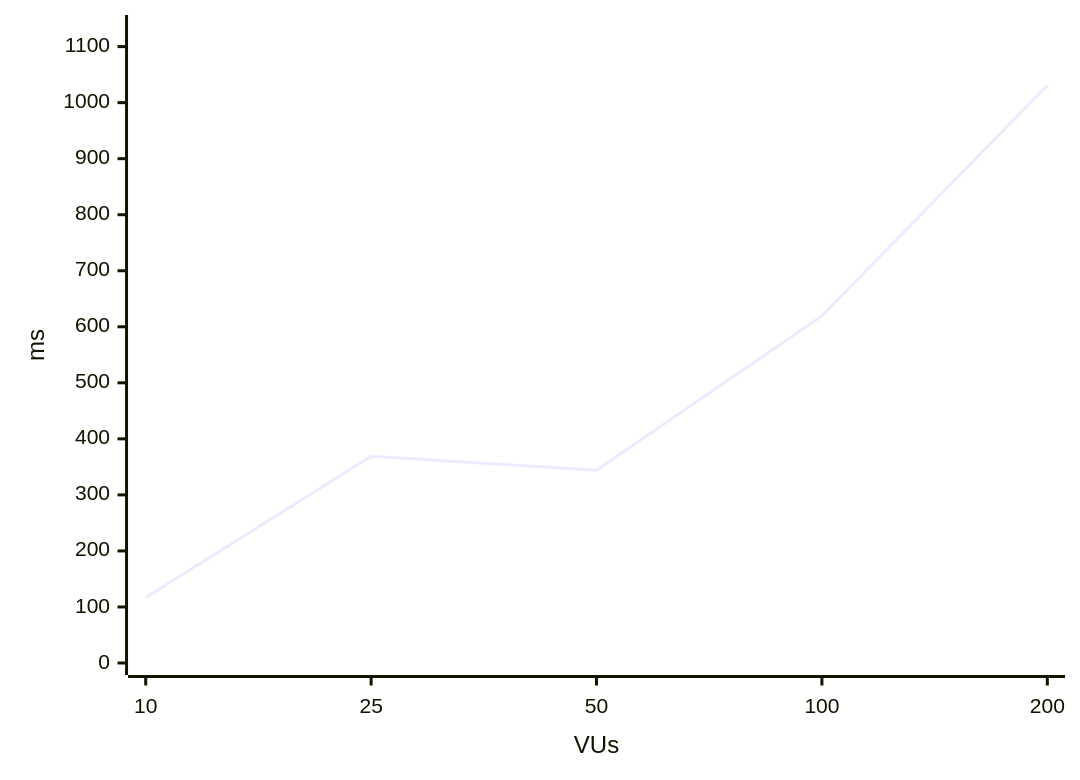
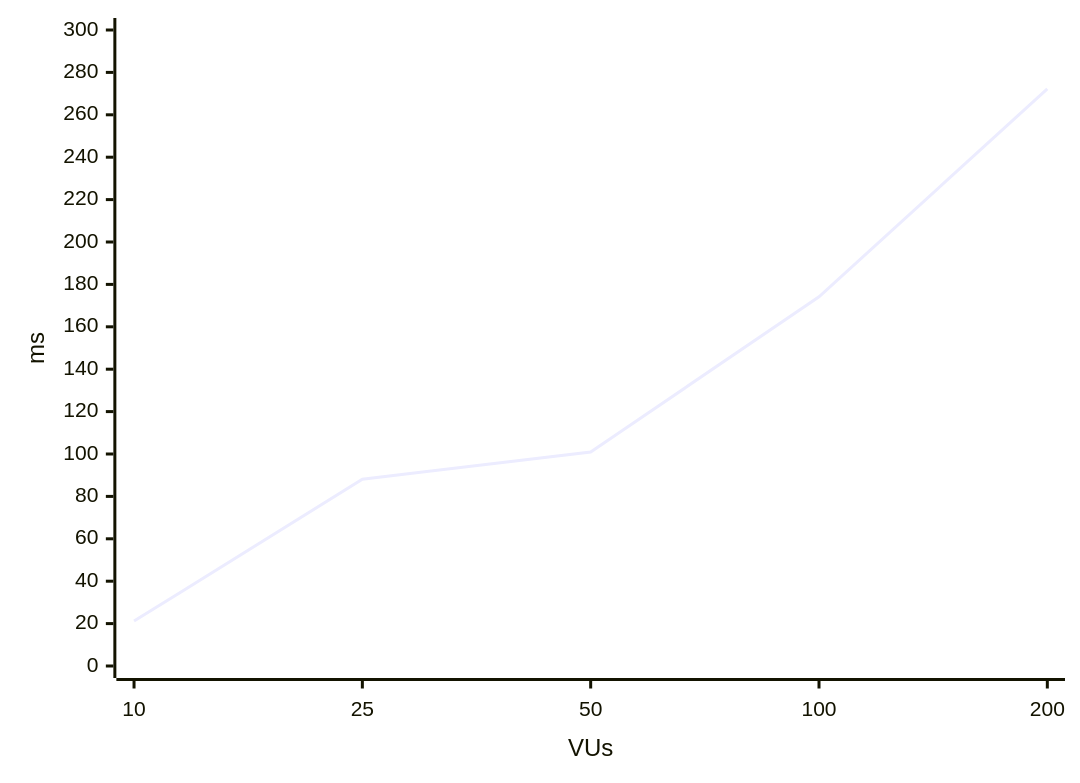
The second of 4 diagrams in docs/lab5-write-workflow.md (LYarmoliuk/OnlineTesting), drawn with Mermaid before and after one commit. The commit also changed other lines of this file and 52 other files, not shown here.

````diff
--- a/docs/lab5-write-workflow.md
+++ b/docs/lab5-write-workflow.md
@@ -49,6 +54,6 @@
 ```mermaid
 xychart-beta
   x-axis VUs [10, 25, 50, 100, 200]
-  y-axis ms 0 --> 1135
-  line [116.66, 369.07, 344.01, 619.48, 1030.91]
+  y-axis ms 0 --> 300
+  line [21.19, 88.08, 100.93, 174.12, 272.28]
 ```
````
